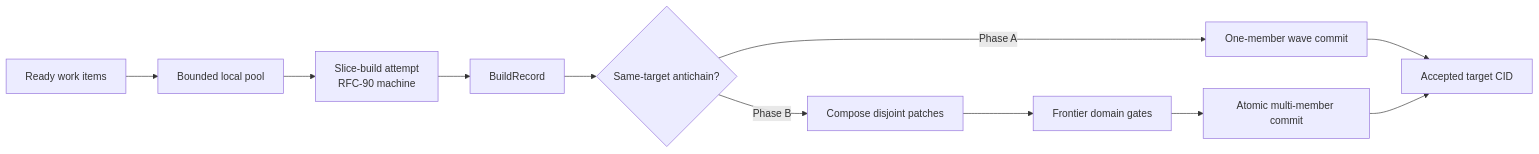
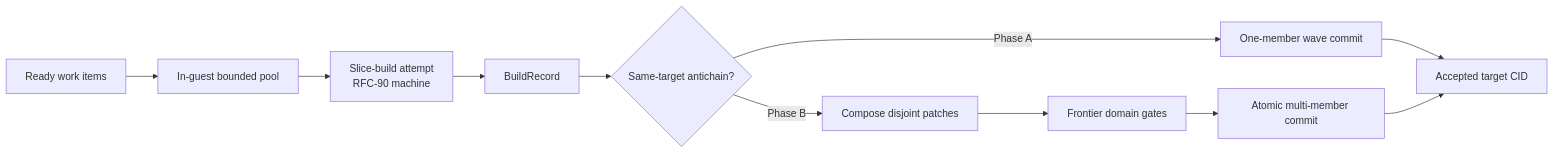
One commit to augentic/anvil changed the diagram in rfcs/rfc-96-concurrent-execution.md. Above: the diagram before and after it, drawn with Mermaid. The commit also changed other lines of this file and 27 other files, not shown here.

````diff
--- a/rfcs/rfc-96-concurrent-execution.md
+++ b/rfcs/rfc-96-concurrent-execution.md
@@ -23,13 +23,13 @@
 ```mermaid
 flowchart LR
-    A[Ready work items] --> B[Bounded local pool]
+    A[Ready work items] --> B[In-guest bounded pool]
     B --> C[Slice-build attempt<br/>RFC-90 machine]
     C --> D[BuildRecord]
     D --> E{Same-target antichain?}
     E -- Phase A --> F[One-member wave commit]
     E -- Phase B --> G[Compose disjoint patches]
     G --> H[Frontier domain gates]
     H --> I[Atomic multi-member commit]
     F --> J[Accepted target CID]
     I --> J
 ```
````
